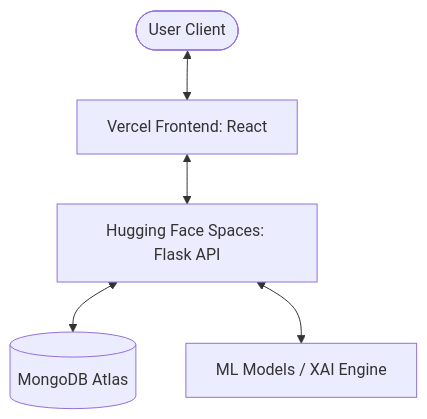
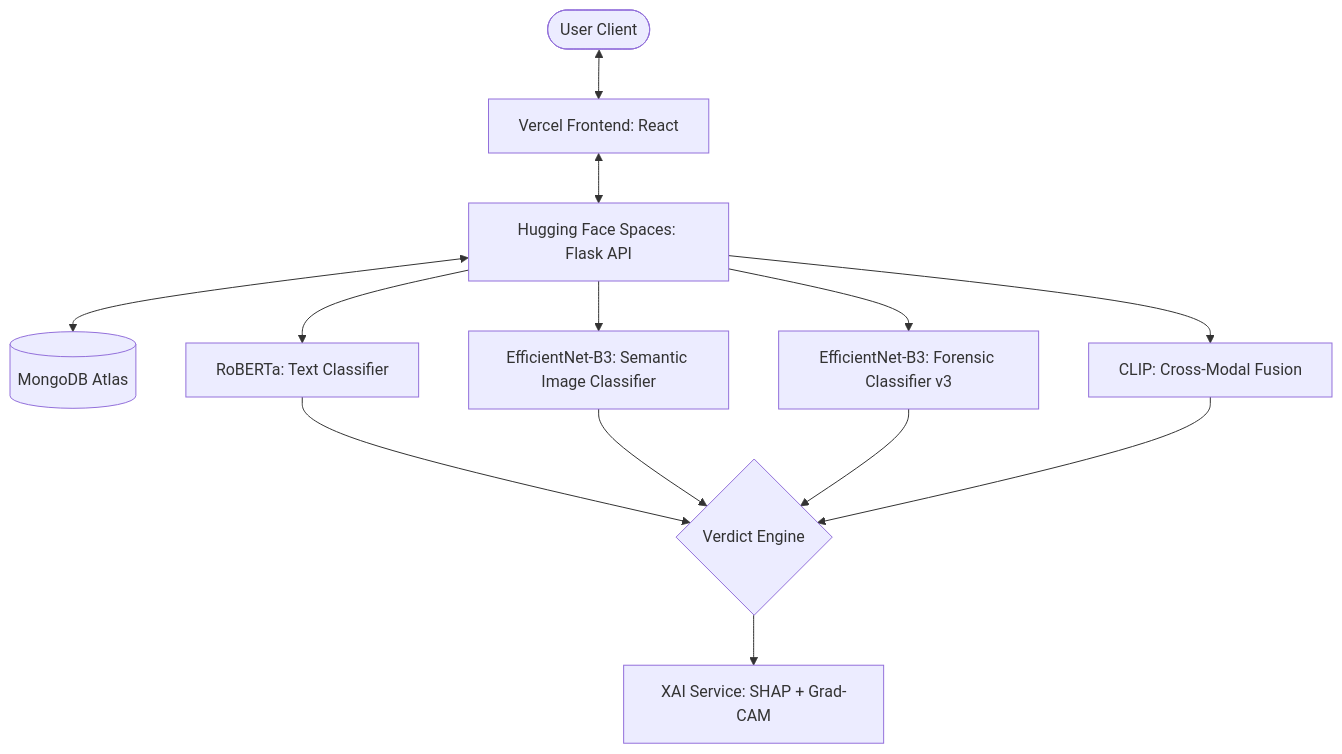
Before and after one commit to sajilarafi850-bit/FactFusion-Misinformation-Detection-Using-Multimodal: the diagram in README.md, drawn with Mermaid. The commit also changed other lines of this file, not shown here.

Commit message:
Update README: reflect v3 forensic model, full model pipeline, and XAI details

````diff
--- a/README.md
+++ b/README.md
@@ -45,7 +65,15 @@
 ```mermaid
 graph TD
     User([User Client]) <--> Frontend[Vercel Frontend: React]
     Frontend <--> Backend[Hugging Face Spaces: Flask API]
     Backend <--> DB[(MongoDB Atlas)]
-    Backend <--> ML[ML Models / XAI Engine]
+    Backend --> Text[RoBERTa: Text Classifier]
+    Backend --> Semantic[EfficientNet-B3: Semantic Image Classifier]
+    Backend --> Forensic[EfficientNet-B3: Forensic Classifier v3]
+    Backend --> Fusion[CLIP: Cross-Modal Fusion]
+    Text --> Verdict{Verdict Engine}
+    Semantic --> Verdict
+    Forensic --> Verdict
+    Fusion --> Verdict
+    Verdict --> XAI[XAI Service: SHAP + Grad-CAM]
 ```
````
